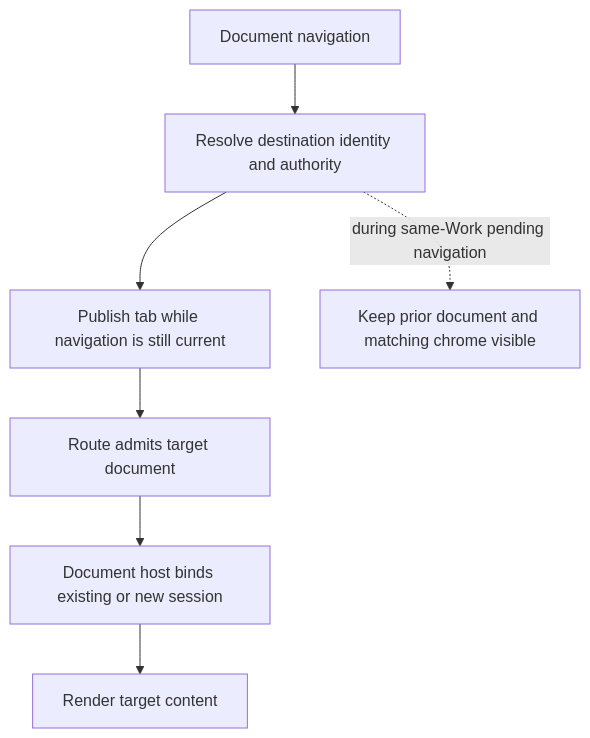
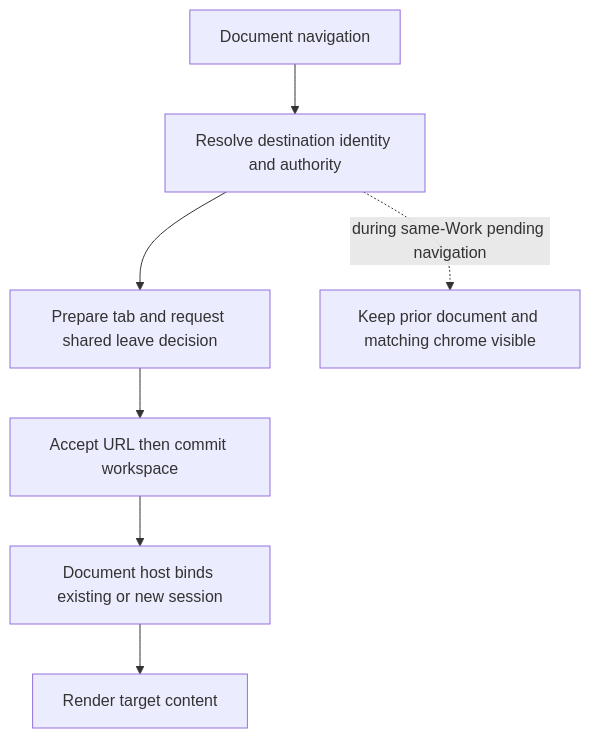
One commit to haowjy/meridian-flow changed the diagram in apps/app/src/features/project/.context/editor-document-lifecycle.md. Above: the diagram before and after it, drawn with Mermaid. The commit also changed other lines of this file and 52 other files, not shown here.

Commit message:
fix(editor): settle workspace navigation with native history

````diff
--- a/apps/app/src/features/project/.context/editor-document-lifecycle.md
+++ b/apps/app/src/features/project/.context/editor-document-lifecycle.md
@@ -7,9 +7,9 @@
 ```mermaid
 flowchart TD
   A[Document navigation] --> B[Resolve destination identity and authority]
-  B --> C[Publish tab while navigation is still current]
-  C --> D[Route admits target document]
+  B --> C[Prepare tab and request shared leave decision]
+  C --> D[Accept URL then commit workspace]
   D --> E[Document host binds existing or new session]
   E --> F[Render target content]
   B -. during same-Work pending navigation .-> G[Keep prior document and matching chrome visible]
 ```
````
